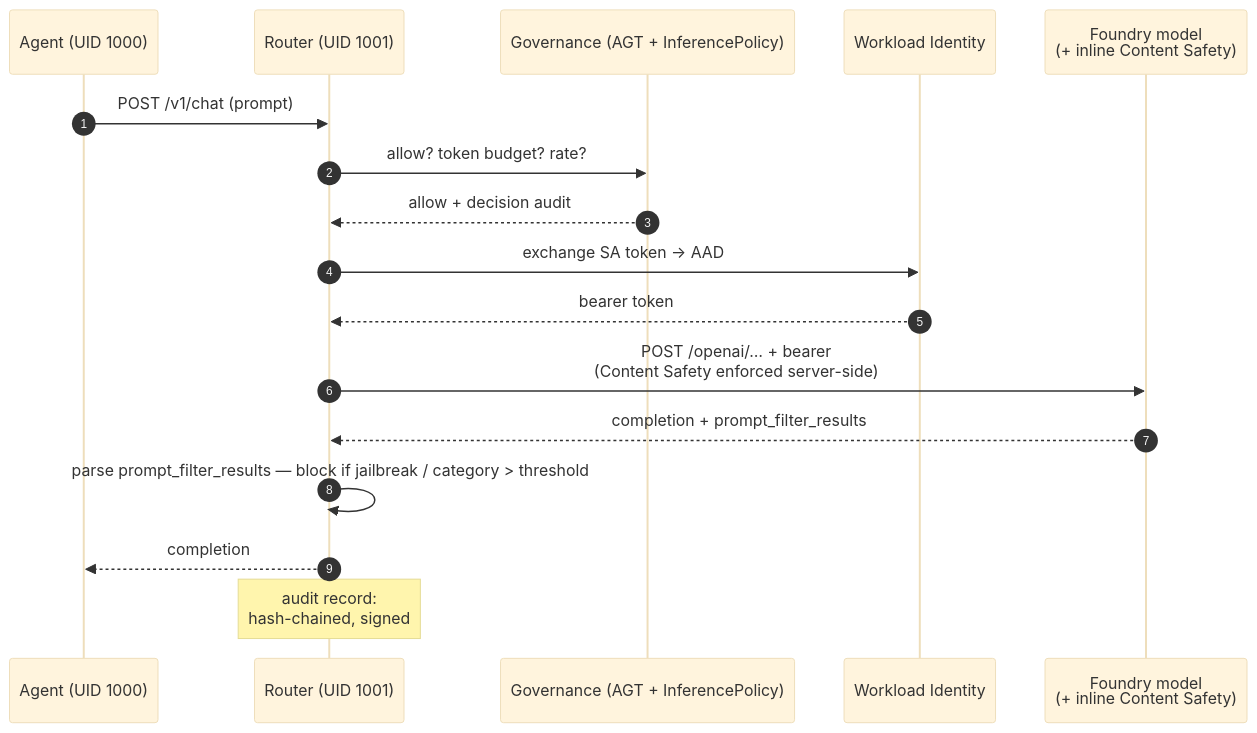
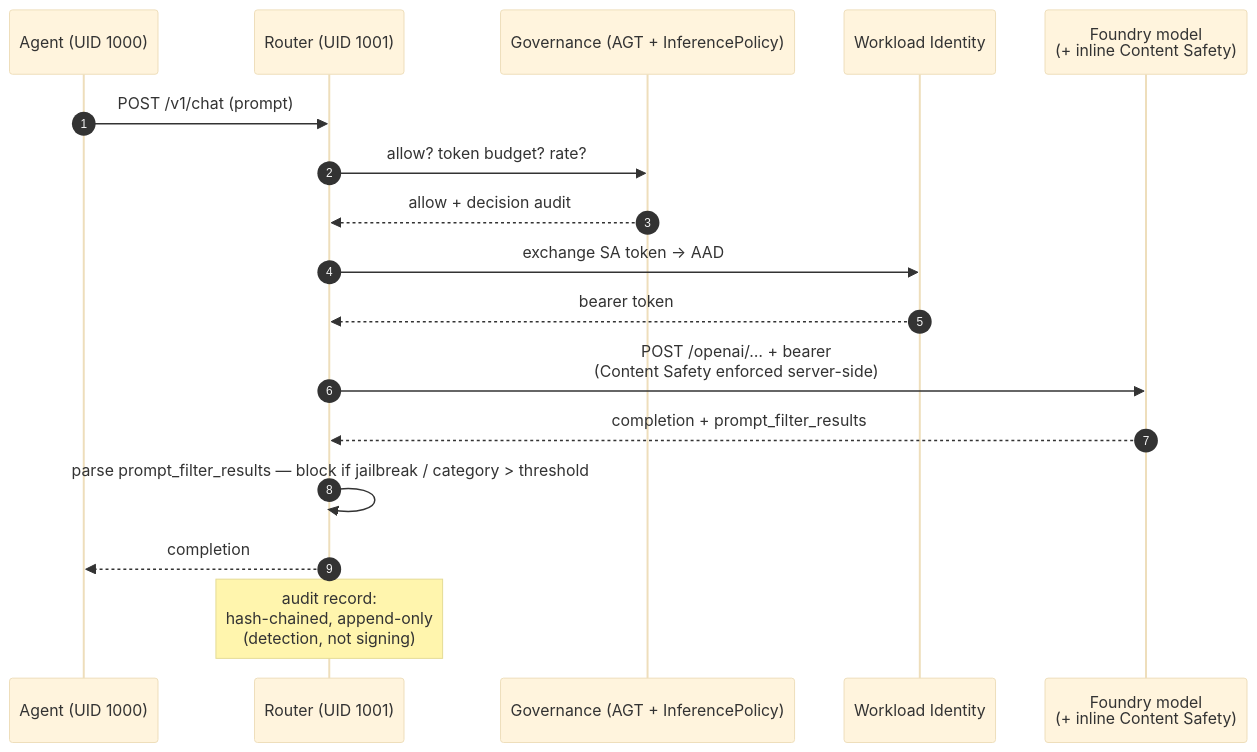
One commit to lachie83/kars changed the third of 9 diagrams in docs/architecture-diagrams.md. Above: the diagram before and after it, drawn with Mermaid (base theme). The commit also changed other lines of this file and 11 other files, not shown here.

````diff
--- a/docs/architecture-diagrams.md
+++ b/docs/architecture-diagrams.md
@@ -82,20 +82,20 @@
 ```mermaid
 sequenceDiagram
   autonumber
   participant Agent as Agent (UID 1000)
   participant Router as Router (UID 1001)
   participant Gov as Governance (AGT + InferencePolicy)
   participant WI as Workload Identity
   participant Foundry as Foundry model<br/>(+ inline Content Safety)
 
   Agent->>Router: POST /v1/chat (prompt)
   Router->>Gov: allow? token budget? rate?
   Gov-->>Router: allow + decision audit
   Router->>WI: exchange SA token → AAD
   WI-->>Router: bearer token
   Router->>Foundry: POST /openai/… + bearer<br/>(Content Safety enforced server-side)
   Foundry-->>Router: completion + prompt_filter_results
   Router->>Router: parse prompt_filter_results — block if jailbreak / category > threshold
   Router-->>Agent: completion
-  Note over Router: audit record:<br/>hash-chained, signed
+  Note over Router: audit record:<br/>hash-chained, append-only<br/>(detection, not signing)
 ```
````
